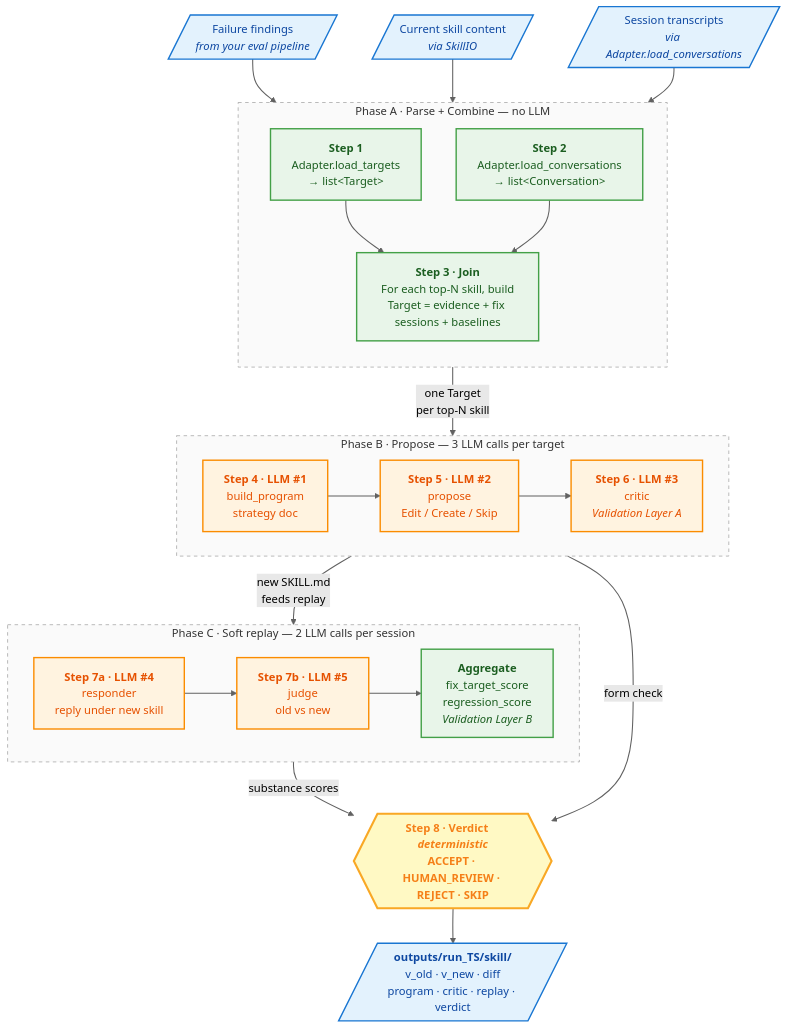
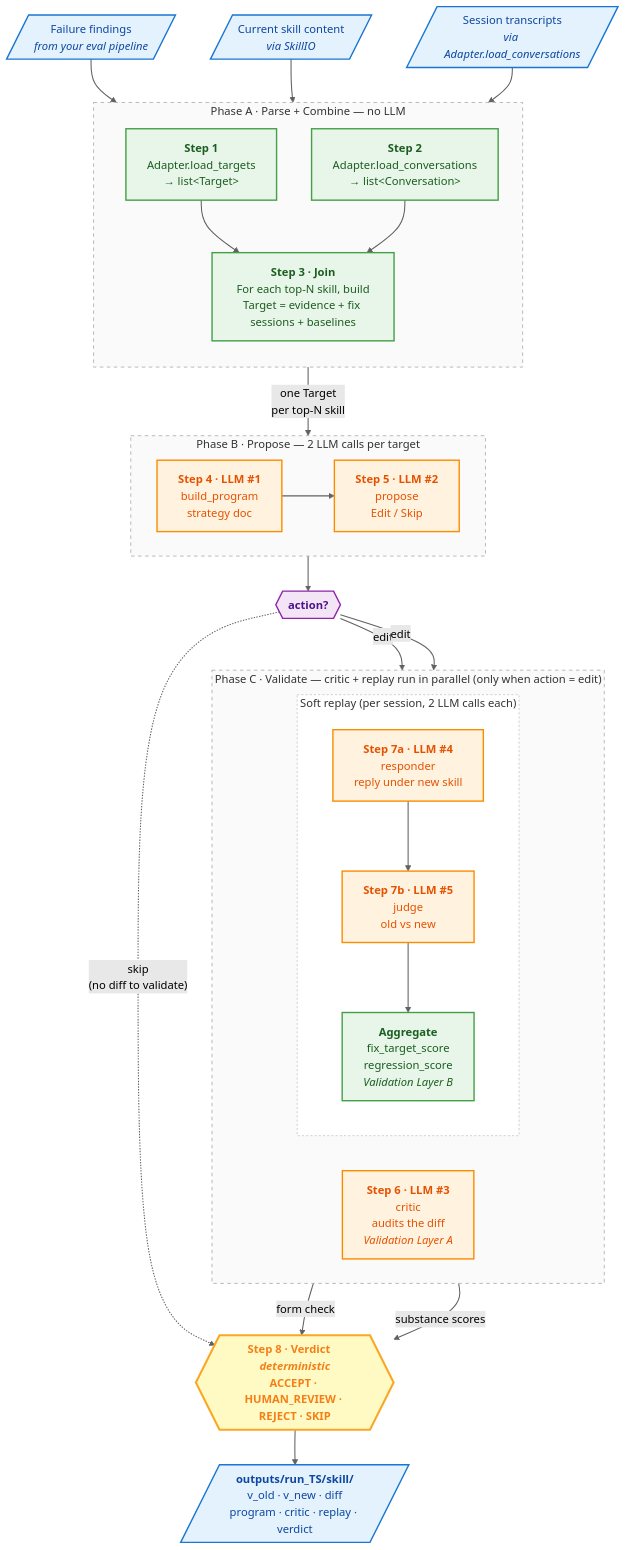
Before and after one commit to yilgara/agent-autoresearch: the diagram in docs/pipeline.md, drawn with Mermaid (forest theme). The commit also changed other lines of this file, not shown here.

````diff
--- a/docs/pipeline.md
+++ b/docs/pipeline.md
@@ -79,58 +79,73 @@
 ```mermaid
 flowchart TB
     %% ── Inputs from your Adapter ──────────────────────────────────────
     UX[/"Failure findings<br/><i>from your eval pipeline</i>"/]:::io
     SK[/"Current skill content<br/><i>via SkillIO</i>"/]:::io
     CV[/"Session transcripts<br/><i>via Adapter.load_conversations</i>"/]:::io
 
     %% ── Phase A · Parse + Combine ─────────────────────────────────────
     subgraph PHA[" Phase A · Parse + Combine — no LLM "]
         direction TB
         S1["<b>Step 1</b><br/>Adapter.load_targets<br/>→ list&lt;Target&gt;"]:::nollm
         S2["<b>Step 2</b><br/>Adapter.load_conversations<br/>→ list&lt;Conversation&gt;"]:::nollm
         S3["<b>Step 3 · Join</b><br/>For each top-N skill, build<br/>Target = evidence + fix sessions + baselines"]:::nollm
         S1 --> S3
         S2 --> S3
     end
     UX --> S1
     SK --> S1
     CV --> S2
 
-    %% ── Phase B · Propose ────────────────────────────────────────────
-    subgraph PHB[" Phase B · Propose — 3 LLM calls per target "]
+    %% ── Phase B · Propose (2 LLM calls — produces the candidate edit)
+    subgraph PHB[" Phase B · Propose — 2 LLM calls per target "]
         direction LR
         S4["<b>Step 4 · LLM #1</b><br/>build_program<br/>strategy doc"]:::llm
-        S5["<b>Step 5 · LLM #2</b><br/>propose<br/>Edit / Create / Skip"]:::llm
-        S6["<b>Step 6 · LLM #3</b><br/>critic<br/><i>Validation Layer A</i>"]:::llm
-        S4 --> S5 --> S6
+        S5["<b>Step 5 · LLM #2</b><br/>propose<br/>Edit / Skip"]:::llm
+        S4 --> S5
     end
     S3 -- "one Target<br/>per top-N skill" --> S4
 
-    %% ── Phase C · Soft replay ────────────────────────────────────────
-    subgraph PHC[" Phase C · Soft replay — 2 LLM calls per session "]
+    %% ── Action gate after step 5 ─────────────────────────────────────
+    DEC{{"<b>action?</b>"}}:::decision
+    S5 --> DEC
+
+    %% ── Phase C · Validate (critic + replay run in parallel) ─────────
+    subgraph PHC[" Phase C · Validate — critic + replay run in parallel (only when action = edit) "]
         direction LR
-        S7a["<b>Step 7a · LLM #4</b><br/>responder<br/>reply under new skill"]:::llm
-        S7b["<b>Step 7b · LLM #5</b><br/>judge<br/>old vs new"]:::llm
-        S7c["<b>Aggregate</b><br/>fix_target_score<br/>regression_score<br/><i>Validation Layer B</i>"]:::nollm
-        S7a --> S7b --> S7c
+        S6["<b>Step 6 · LLM #3</b><br/>critic<br/>audits the diff<br/><i>Validation Layer A</i>"]:::llm
+        subgraph REPLAY["Soft replay (per session, 2 LLM calls each)"]
+            direction TB
+            S7a["<b>Step 7a · LLM #4</b><br/>responder<br/>reply under new skill"]:::llm
+            S7b["<b>Step 7b · LLM #5</b><br/>judge<br/>old vs new"]:::llm
+            S7c["<b>Aggregate</b><br/>fix_target_score<br/>regression_score<br/><i>Validation Layer B</i>"]:::nollm
+            S7a --> S7b --> S7c
+        end
     end
-    S5 -- "new SKILL.md<br/>feeds replay" --> S7a
 
-    %% ── Verdict + Output ─────────────────────────────────────────────
+    %% Edit fans out into BOTH critic AND replay (parallel, independent)
+    DEC == "edit" ==> S6
+    DEC == "edit" ==> S7a
+
+    %% Skip bypasses both validation gates entirely
     V{{"<b>Step 8 · Verdict</b> &nbsp;&nbsp; <i>deterministic</i><br/>ACCEPT · HUMAN_REVIEW · REJECT · SKIP"}}:::verdict
+    DEC -. "skip<br/>(no diff to validate)" .-> V
+
+    %% Critic + Replay both feed verdict
     S6 -- "form check" --> V
     S7c -- "substance scores" --> V
 
     OUT[/"<b>outputs/run_TS/skill/</b><br/>v_old · v_new · diff<br/>program · critic · replay · verdict"/]:::io
     V ==> OUT
 
     %% ── Styling ──────────────────────────────────────────────────────
     classDef nollm fill:#E8F5E9,stroke:#43A047,stroke-width:2px,color:#1B5E20
     classDef llm fill:#FFF3E0,stroke:#FB8C00,stroke-width:2px,color:#E65100
     classDef io fill:#E3F2FD,stroke:#1976D2,stroke-width:2px,color:#0D47A1
     classDef verdict fill:#FFF9C4,stroke:#F9A825,stroke-width:3px,color:#F57F17,font-weight:bold
+    classDef decision fill:#F3E5F5,stroke:#8E24AA,stroke-width:2px,color:#4A148C
     style PHA fill:#FAFAFA,stroke:#9E9E9E,stroke-dasharray:5 5
     style PHB fill:#FAFAFA,stroke:#9E9E9E,stroke-dasharray:5 5
     style PHC fill:#FAFAFA,stroke:#9E9E9E,stroke-dasharray:5 5
+    style REPLAY fill:#FFFFFF,stroke:#BDBDBD,stroke-dasharray:3 3
     linkStyle default stroke:#616161,stroke-width:1.5px
 ```
````
